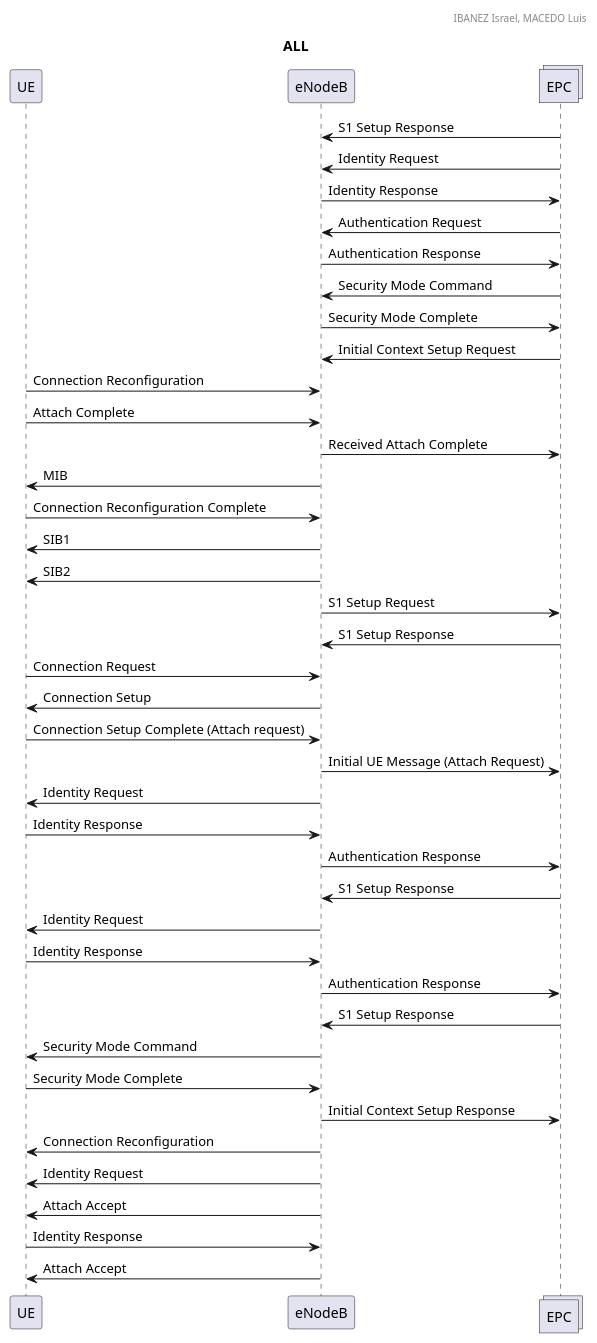
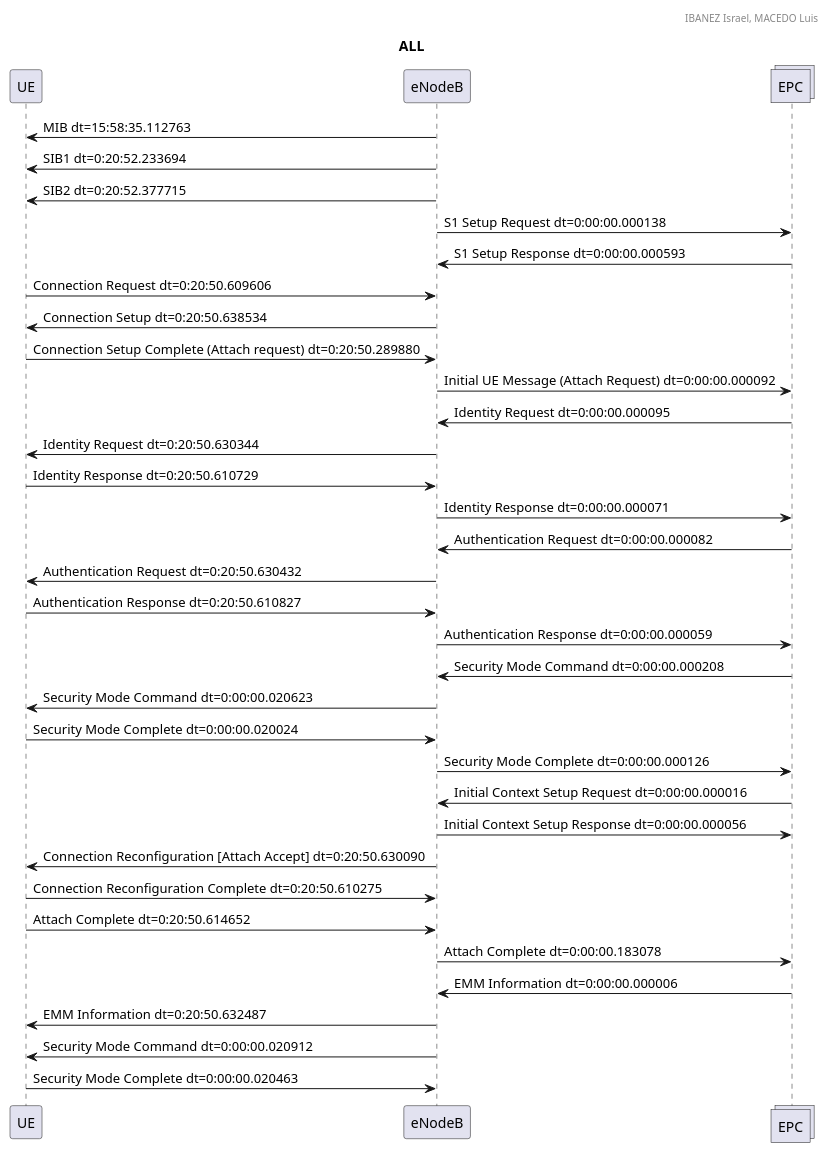
One commit to lmacedob/PIR-7 changed the diagram in Code/result.puml. Above: the diagram before and after it, drawn with PlantUML. The commit also changed 8 other files, not shown here.

```diff
--- a/Code/result.puml
+++ b/Code/result.puml
@@ -1,44 +1,38 @@
 @startuml 
 header IBANEZ Israel, MACEDO Luis 
 title ALL
 participant UE
 participant eNodeB
 collections EPC
-EPC -> eNodeB: S1 Setup Response
-EPC -> eNodeB: Identity Request
-eNodeB -> EPC: Identity Response
-EPC -> eNodeB: Authentication Request
-eNodeB -> EPC: Authentication Response
-EPC -> eNodeB: Security Mode Command
-eNodeB -> EPC: Security Mode Complete
-EPC -> eNodeB: Initial Context Setup Request
-UE -> eNodeB: Connection Reconfiguration
-UE -> eNodeB: Attach Complete
-eNodeB -> EPC: Received Attach Complete
-eNodeB -> UE: MIB
-UE -> eNodeB: Connection Reconfiguration Complete
-eNodeB -> UE: SIB1
-eNodeB -> UE: SIB2
-eNodeB -> EPC: S1 Setup Request
-EPC -> eNodeB: S1 Setup Response
-UE -> eNodeB: Connection Request
-eNodeB -> UE: Connection Setup
-UE -> eNodeB: Connection Setup Complete (Attach request)
-eNodeB -> EPC: Initial UE Message (Attach Request)
-eNodeB -> UE: Identity Request
-UE -> eNodeB: Identity Response
-eNodeB -> EPC: Authentication Response
-EPC -> eNodeB: S1 Setup Response
-eNodeB -> UE: Identity Request
-UE -> eNodeB: Identity Response
-eNodeB -> EPC: Authentication Response
-EPC -> eNodeB: S1 Setup Response
-eNodeB -> UE: Security Mode Command
-UE -> eNodeB: Security Mode Complete
-eNodeB -> EPC: Initial Context Setup Response
-eNodeB -> UE: Connection Reconfiguration
-eNodeB -> UE: Identity Request
-eNodeB -> UE: Attach Accept
-UE -> eNodeB: Identity Response
-eNodeB -> UE: Attach Accept
+eNodeB -> UE: MIB dt=15:58:35.112763
+eNodeB -> UE: SIB1 dt=0:20:52.233694
+eNodeB -> UE: SIB2 dt=0:20:52.377715
+eNodeB -> EPC: S1 Setup Request dt=0:00:00.000138
+EPC -> eNodeB: S1 Setup Response dt=0:00:00.000593
+UE -> eNodeB: Connection Request dt=0:20:50.609606
+eNodeB -> UE: Connection Setup dt=0:20:50.638534
+UE -> eNodeB: Connection Setup Complete (Attach request) dt=0:20:50.289880
+eNodeB -> EPC: Initial UE Message (Attach Request) dt=0:00:00.000092
+EPC -> eNodeB: Identity Request dt=0:00:00.000095
+eNodeB -> UE: Identity Request dt=0:20:50.630344
+UE -> eNodeB: Identity Response dt=0:20:50.610729
+eNodeB -> EPC: Identity Response dt=0:00:00.000071
+EPC -> eNodeB: Authentication Request dt=0:00:00.000082
+eNodeB -> UE: Authentication Request dt=0:20:50.630432
+UE -> eNodeB: Authentication Response dt=0:20:50.610827
+eNodeB -> EPC: Authentication Response dt=0:00:00.000059
+EPC -> eNodeB: Security Mode Command dt=0:00:00.000208
+eNodeB -> UE: Security Mode Command dt=0:00:00.020623
+UE -> eNodeB: Security Mode Complete dt=0:00:00.020024
+eNodeB -> EPC: Security Mode Complete dt=0:00:00.000126
+EPC -> eNodeB: Initial Context Setup Request dt=0:00:00.000016
+eNodeB -> EPC: Initial Context Setup Response dt=0:00:00.000056
+eNodeB -> UE: Connection Reconfiguration [Attach Accept] dt=0:20:50.630090
+UE -> eNodeB: Connection Reconfiguration Complete dt=0:20:50.610275
+UE -> eNodeB: Attach Complete dt=0:20:50.614652
+eNodeB -> EPC: Attach Complete dt=0:00:00.183078
+EPC -> eNodeB: EMM Information dt=0:00:00.000006
+eNodeB -> UE: EMM Information dt=0:20:50.632487
+eNodeB -> UE: Security Mode Command dt=0:00:00.020912
+UE -> eNodeB: Security Mode Complete dt=0:00:00.020463
 @enduml
```
